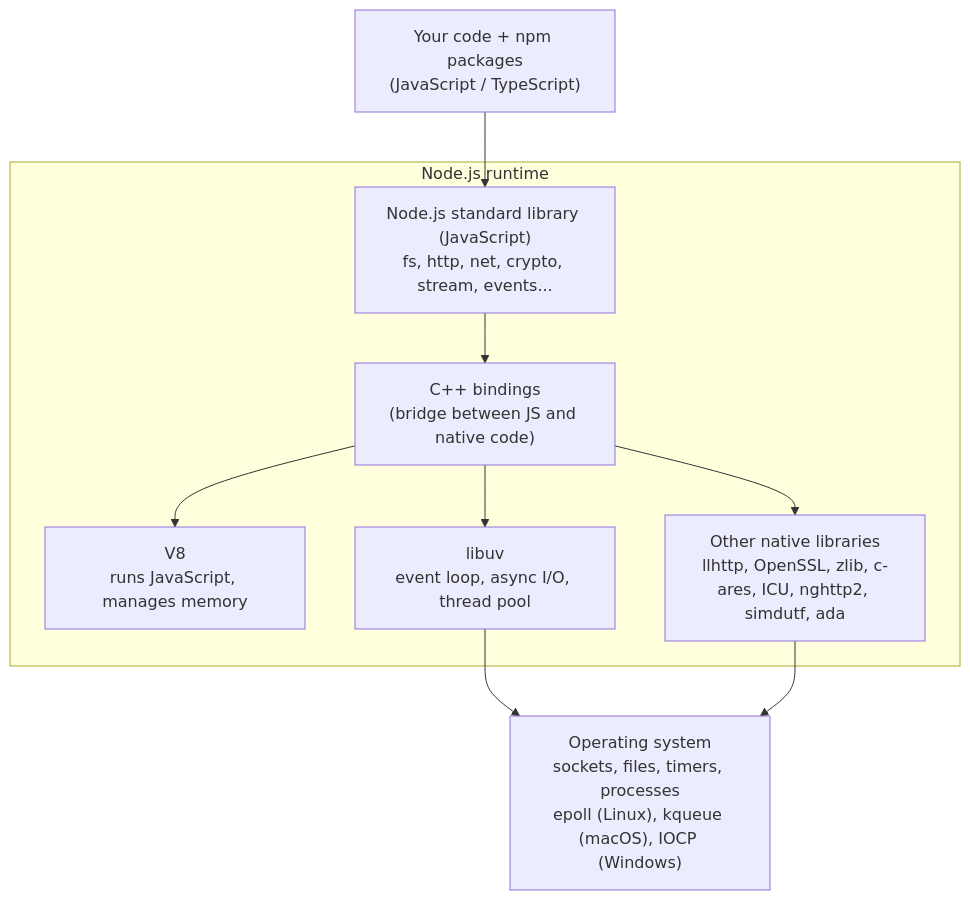
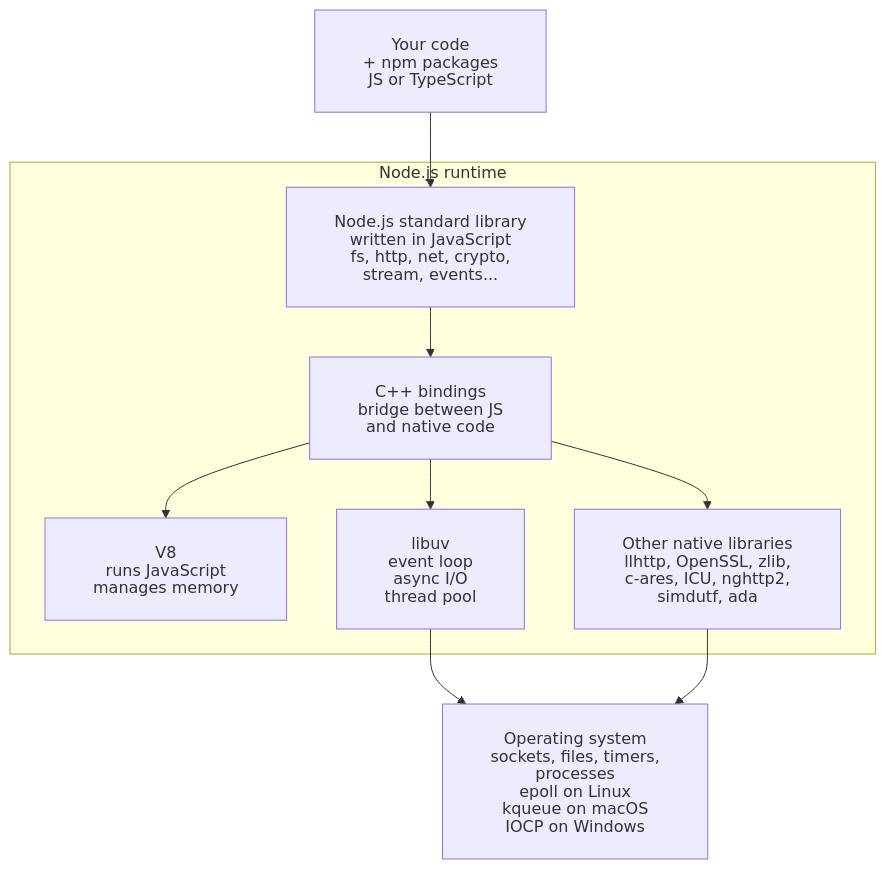
Before and after one commit to renatolinsdigital/nodejs-quickstart: the third of 26 diagrams in README.md, drawn with Mermaid. The commit also changed other lines of this file, not shown here.

First line of the commit message:
renames guide to Understanding Node.js Well and fixes clipped diagram labels

````diff
--- a/README.md
+++ b/README.md
@@ -370,19 +372,20 @@
 ```mermaid
+%%{init: {"htmlLabels": false, "flowchart": {"htmlLabels": false, "wrappingWidth": 400, "padding": 24}}}%%
 flowchart TB
-    APP["Your code + npm packages<br/>(JavaScript / TypeScript)"]
+    APP["Your code<br/>+ npm packages<br/>JS or TypeScript"]
     subgraph NODE["Node.js runtime"]
-        LIB["Node.js standard library (JavaScript)<br/>fs, http, net, crypto, stream, events..."]
-        BIND["C++ bindings<br/>(bridge between JS and native code)"]
-        V8["V8<br/>runs JavaScript, manages memory"]
-        UV["libuv<br/>event loop, async I/O, thread pool"]
-        DEPS["Other native libraries<br/>llhttp, OpenSSL, zlib, c-ares, ICU, nghttp2, simdutf, ada"]
+        LIB["Node.js standard library<br/>written in JavaScript<br/>fs, http, net, crypto,<br/>stream, events..."]
+        BIND["C++ bindings<br/>bridge between JS<br/>and native code"]
+        V8["V8<br/>runs JavaScript<br/>manages memory"]
+        UV["libuv<br/>event loop<br/>async I/O<br/>thread pool"]
+        DEPS["Other native libraries<br/>llhttp, OpenSSL, zlib,<br/>c-ares, ICU, nghttp2,<br/>simdutf, ada"]
     end
-    OS["Operating system<br/>sockets, files, timers, processes<br/>epoll (Linux), kqueue (macOS), IOCP (Windows)"]
+    OS["Operating system<br/>sockets, files, timers,<br/>processes<br/>epoll on Linux<br/>kqueue on macOS<br/>IOCP on Windows"]
 
     APP --> LIB --> BIND
     BIND --> V8
     BIND --> UV
     BIND --> DEPS
     UV --> OS
     DEPS --> OS
 ```
````
